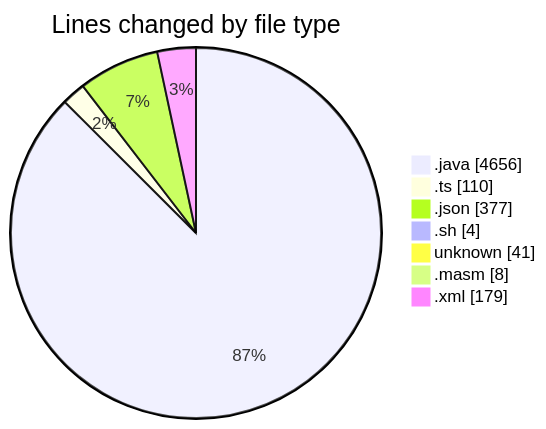
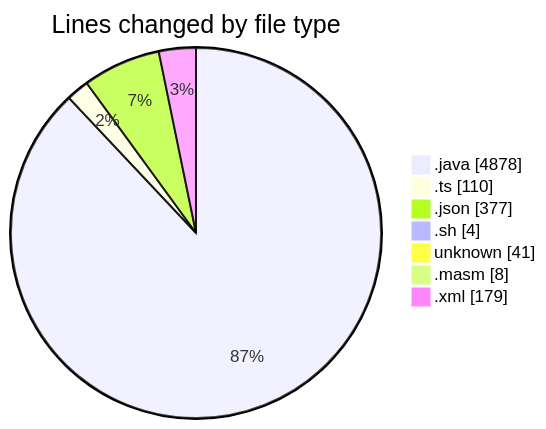
One commit to charlie-sans/code-tracking changed the first of 2 diagrams in 2025-02-20/micros/README.md. Above: the diagram before and after it, drawn with Mermaid. The commit also changed other lines of this file and 1 other file, not shown here.

````diff
--- a/2025-02-20/micros/README.md
+++ b/2025-02-20/micros/README.md
@@ -42,11 +43,11 @@
 ```mermaid
 pie showData
 title Lines changed by file type
-".java" : 4656
+".java" : 4878
 ".ts" : 110
 ".json" : 377
 ".sh" : 4
 "unknown" : 41
 ".masm" : 8
 ".xml" : 179
 ```
````
